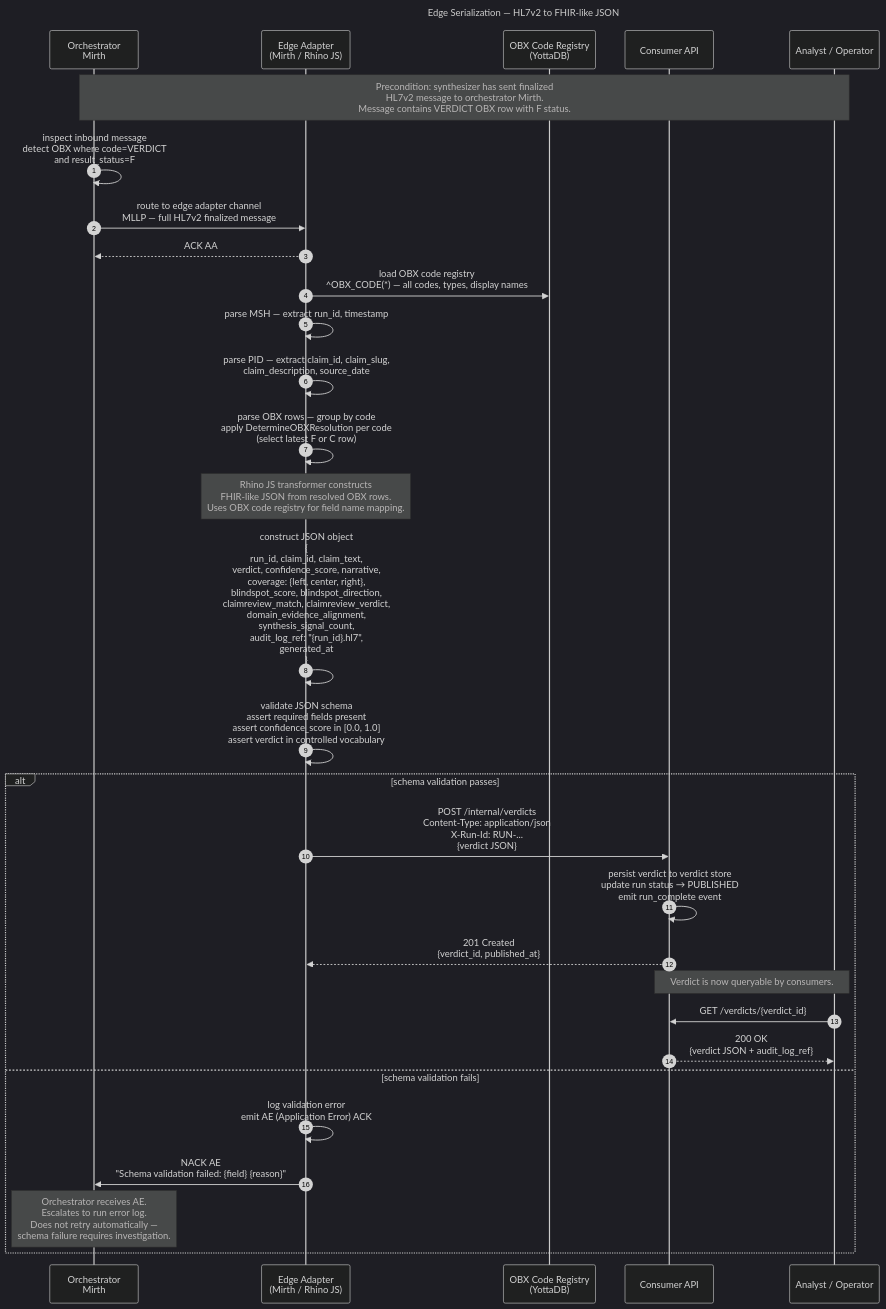
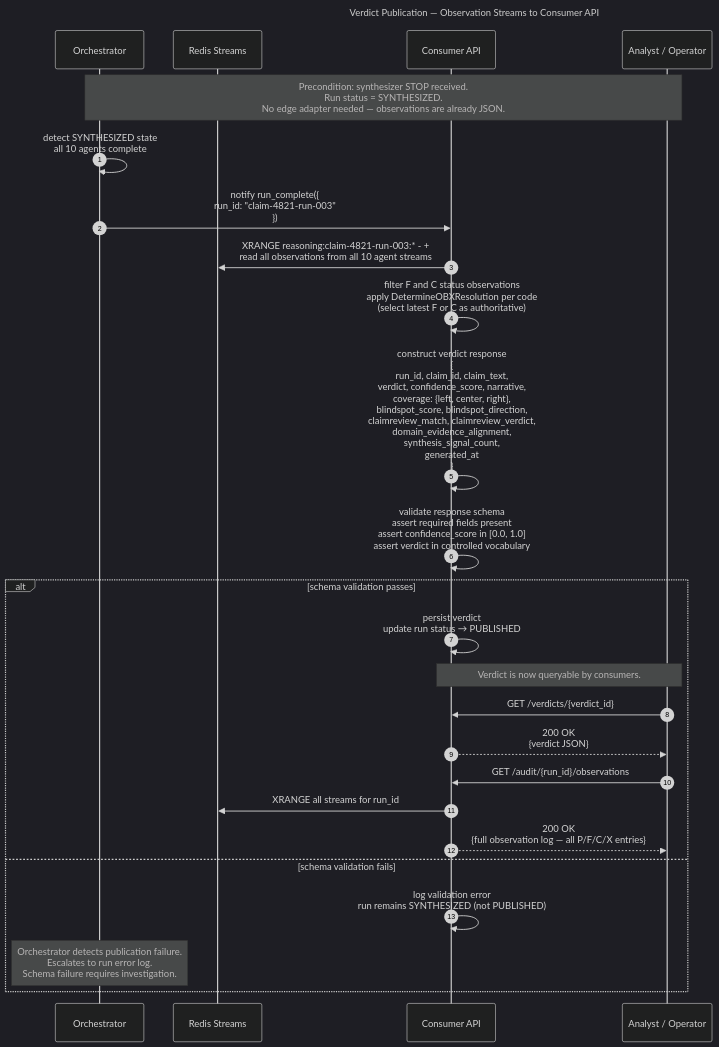
Before and after one commit to jzallen/swarm-reasoning: the diagram in docs/diagrams/sequence/seq-edge-serialization.mermaid, drawn with Mermaid (dark theme). The commit also changed 16 other files, not shown here.

First line of the commit message:
refactor(arch): replace HL7v2/YottaDB/Mirth with JSON/Redis Streams

```diff
--- a/docs/diagrams/sequence/seq-edge-serialization.mermaid
+++ b/docs/diagrams/sequence/seq-edge-serialization.mermaid
@@ -1,53 +1,42 @@
 ---
-title: Edge Serialization — HL7v2 to FHIR-like JSON
+title: Verdict Publication — Observation Streams to Consumer API
 ---
 sequenceDiagram
     autonumber
 
-    participant OMIRTH as Orchestrator<br/>Mirth
-    participant EDGE as Edge Adapter<br/>(Mirth / Rhino JS)
-    participant REGISTRY as OBX Code Registry<br/>(YottaDB)
+    participant ORC as Orchestrator
+    participant REDIS as Redis Streams
     participant API as Consumer API
     participant USER as Analyst / Operator
 
-    Note over OMIRTH,USER: Precondition: synthesizer has sent finalized<br/>HL7v2 message to orchestrator Mirth.<br/>Message contains VERDICT OBX row with F status.
+    Note over ORC,USER: Precondition: synthesizer STOP received.<br/>Run status = SYNTHESIZED.<br/>No edge adapter needed — observations are already JSON.
 
-    OMIRTH->>OMIRTH: inspect inbound message<br/>detect OBX where code=VERDICT<br/>and result_status=F
+    ORC->>ORC: detect SYNTHESIZED state<br/>all 10 agents complete
 
-    OMIRTH->>EDGE: route to edge adapter channel<br/>MLLP — full HL7v2 finalized message
+    ORC->>API: notify run_complete({<br/>  run_id: "claim-4821-run-003"<br/>})
 
-    EDGE-->>OMIRTH: ACK AA
+    API->>REDIS: XRANGE reasoning:claim-4821-run-003:* - +<br/>read all observations from all 10 agent streams
 
-    EDGE->>REGISTRY: load OBX code registry<br/>^OBX_CODE(*) — all codes, types, display names
+    API->>API: filter F and C status observations<br/>apply DetermineOBXResolution per code<br/>(select latest F or C as authoritative)
 
-    EDGE->>EDGE: parse MSH — extract run_id, timestamp
+    API->>API: construct verdict response<br/>{<br/>  run_id, claim_id, claim_text,<br/>  verdict, confidence_score, narrative,<br/>  coverage: {left, center, right},<br/>  blindspot_score, blindspot_direction,<br/>  claimreview_match, claimreview_verdict,<br/>  domain_evidence_alignment,<br/>  synthesis_signal_count,<br/>  generated_at<br/>}
 
-    EDGE->>EDGE: parse PID — extract claim_id, claim_slug,<br/>claim_description, source_date
-
-    EDGE->>EDGE: parse OBX rows — group by code<br/>apply DetermineOBXResolution per code<br/>(select latest F or C row)
-
-    Note over EDGE: Rhino JS transformer constructs<br/>FHIR-like JSON from resolved OBX rows.<br/>Uses OBX code registry for field name mapping.
-
-    EDGE->>EDGE: construct JSON object<br/>{<br/>  run_id, claim_id, claim_text,<br/>  verdict, confidence_score, narrative,<br/>  coverage: {left, center, right},<br/>  blindspot_score, blindspot_direction,<br/>  claimreview_match, claimreview_verdict,<br/>  domain_evidence_alignment,<br/>  synthesis_signal_count,<br/>  audit_log_ref: "{run_id}.hl7",<br/>  generated_at<br/>}
-
-    EDGE->>EDGE: validate JSON schema<br/>assert required fields present<br/>assert confidence_score in [0.0, 1.0]<br/>assert verdict in controlled vocabulary
+    API->>API: validate response schema<br/>assert required fields present<br/>assert confidence_score in [0.0, 1.0]<br/>assert verdict in controlled vocabulary
 
     alt schema validation passes
-        EDGE->>API: POST /internal/verdicts<br/>Content-Type: application/json<br/>X-Run-Id: RUN-...<br/>{verdict JSON}
-
-        API->>API: persist verdict to verdict store<br/>update run status → PUBLISHED<br/>emit run_complete event
-
-        API-->>EDGE: 201 Created<br/>{verdict_id, published_at}
+        API->>API: persist verdict<br/>update run status → PUBLISHED
 
         Note over API,USER: Verdict is now queryable by consumers.
 
         USER->>API: GET /verdicts/{verdict_id}
-        API-->>USER: 200 OK<br/>{verdict JSON + audit_log_ref}
+        API-->>USER: 200 OK<br/>{verdict JSON}
+
+        USER->>API: GET /audit/{run_id}/observations
+        API->>REDIS: XRANGE all streams for run_id
+        API-->>USER: 200 OK<br/>{full observation log — all P/F/C/X entries}
 
     else schema validation fails
-        EDGE->>EDGE: log validation error<br/>emit AE (Application Error) ACK
+        API->>API: log validation error<br/>run remains SYNTHESIZED (not PUBLISHED)
 
-        EDGE->>OMIRTH: NACK AE<br/>"Schema validation failed: {field} {reason}"
-
-        Note over OMIRTH: Orchestrator receives AE.<br/>Escalates to run error log.<br/>Does not retry automatically —<br/>schema failure requires investigation.
+        Note over ORC: Orchestrator detects publication failure.<br/>Escalates to run error log.<br/>Schema failure requires investigation.
     end
```
